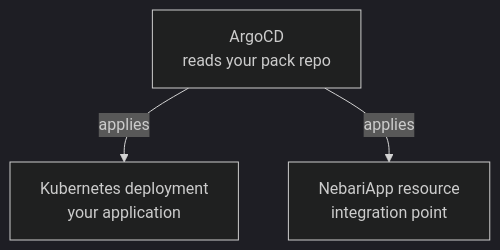
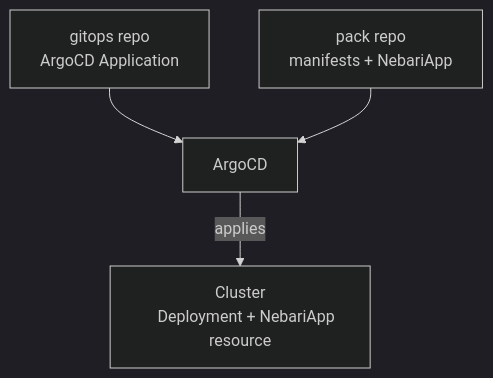
One commit to nebari-dev/nebari-docs changed the diagram in docs/docs/software-packs/build-your-own.mdx. Above: the diagram before and after it, drawn with Mermaid (dark theme). The commit also changed other lines of this file, not shown here.

Commit message:
docs(software-packs): address review feedback on build-your-own page

````diff
--- a/docs/docs/software-packs/build-your-own.mdx
+++ b/docs/docs/software-packs/build-your-own.mdx
@@ -21,6 +38,9 @@
 ```mermaid
-graph TB
-    Argo["ArgoCD<br/>reads your pack repo"]
-    Argo -->|applies| Deploy["Kubernetes deployment<br/>your application"]
-    Argo -->|applies| NA["NebariApp resource<br/>integration point"]
+flowchart TB
+    GitOps["gitops repo
+    ArgoCD Application"] --> Argo["ArgoCD"]
+    Pack["pack repo
+    manifests + NebariApp"] --> Argo
+    Argo -- applies --> Cluster["Cluster
+    Deployment + NebariApp resource"]
 ```
````
